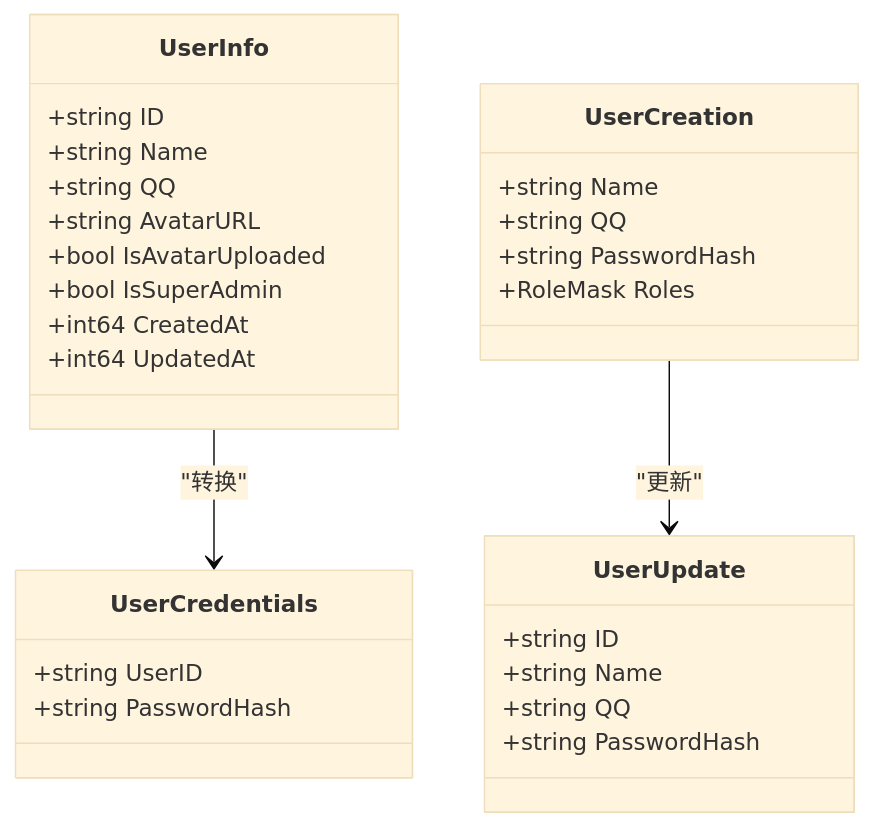
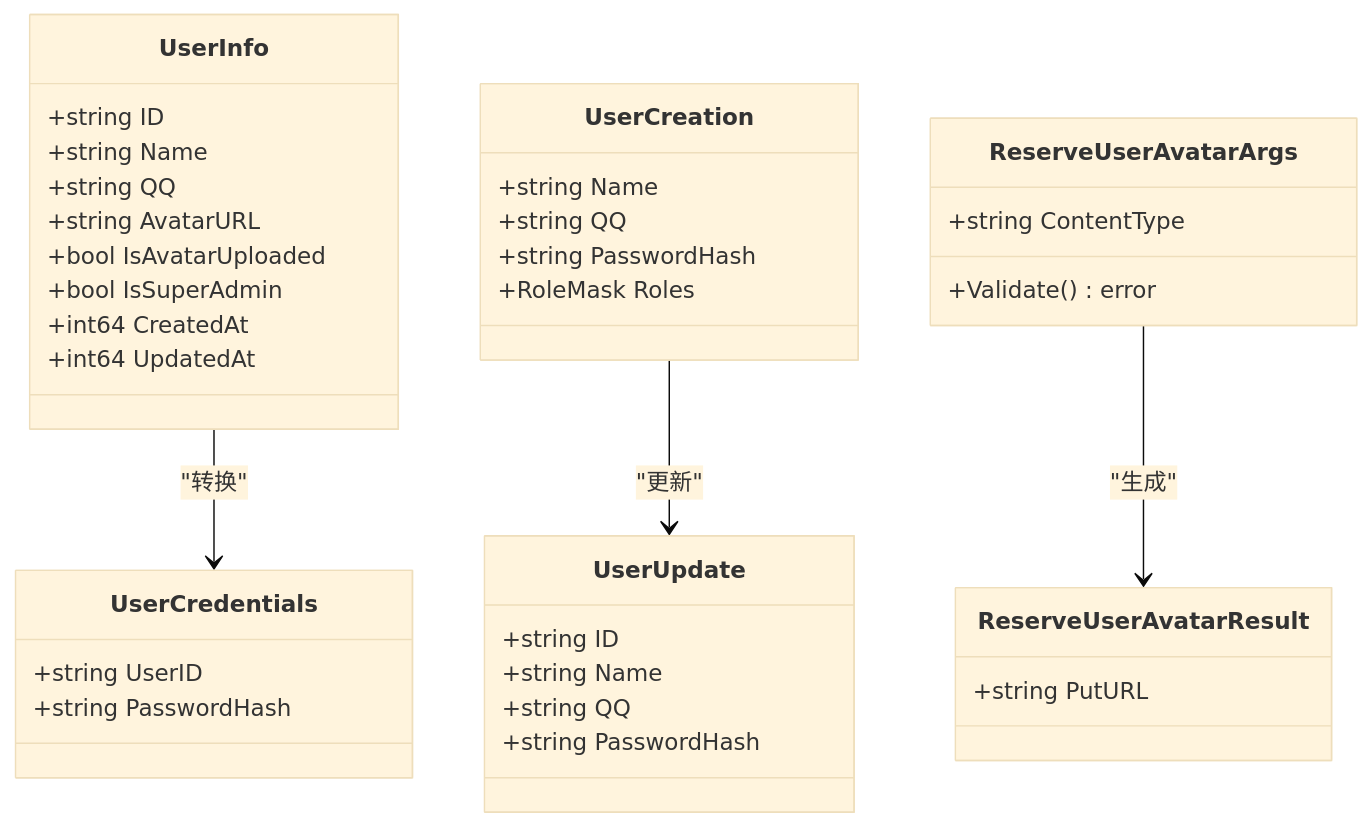
The second of 6 diagrams in .qoder/repowiki/zh/content/API 接口文档/用户管理接口.md (ATOMLubover/poprako), drawn with Mermaid (base theme) before and after one commit. The commit also changed other lines of this file and 5 other files, not shown here.

````diff
--- a/.qoder/repowiki/zh/content/API 接口文档/用户管理接口.md
+++ b/.qoder/repowiki/zh/content/API 接口文档/用户管理接口.md
@@ -86,31 +93,39 @@
 ```mermaid
 classDiagram
 class UserInfo {
 +string ID
 +string Name
 +string QQ
 +string AvatarURL
 +bool IsAvatarUploaded
 +bool IsSuperAdmin
 +int64 CreatedAt
 +int64 UpdatedAt
 }
 class UserCreation {
 +string Name
 +string QQ
 +string PasswordHash
 +RoleMask Roles
 }
 class UserUpdate {
 +string ID
 +string Name
 +string QQ
 +string PasswordHash
 }
 class UserCredentials {
 +string UserID
 +string PasswordHash
 }
+class ReserveUserAvatarArgs {
++string ContentType
++Validate() error
+}
+class ReserveUserAvatarResult {
++string PutURL
+}
 UserInfo --> UserCredentials : "转换"
 UserCreation --> UserUpdate : "更新"
+ReserveUserAvatarArgs --> ReserveUserAvatarResult : "生成"
 ```
````
